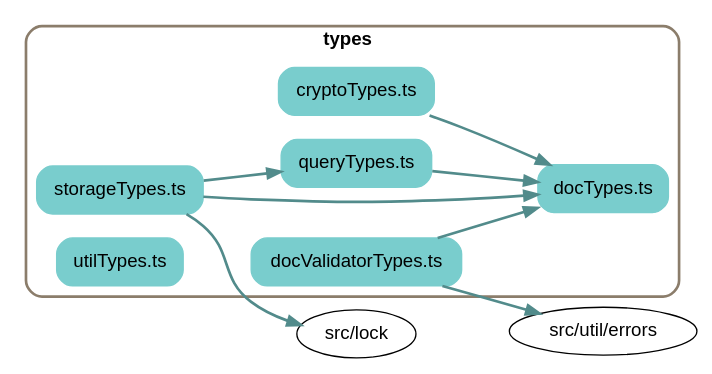
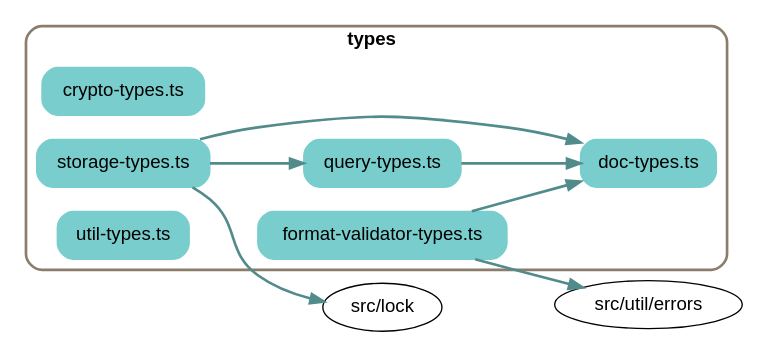
One commit to earthstar-project/earthstar changed the diagram in depchart/depchart-types.dot. Above: the diagram before and after it, drawn with Graphviz. The commit also changed 12 other files, not shown here.

```diff
--- a/depchart/depchart-types.dot
+++ b/depchart/depchart-types.dot
@@ -1,38 +1,37 @@
 
 digraph G {
     //splines=line;
     //splines=polyline;
     splines=true;
     rankdir=LR;
     //newrank=true;
     compound=true;
     graph [fontname = "helvetica"];  // dpi=72
     node [fontname = "helvetica"];
     edge [fontname = "helvetica"];
     
     // files in their folder clusters
 
-    subgraph cluster4064547906 {
+    subgraph cluster7168928061 {
         label=<<b>types</b>>;
         style="rounded";
         color=bisque4;
         penwidth=2;
                     
-        "src/types/cryptoTypes.ts" [label="cryptoTypes.ts", shape=rectangle; style="rounded,filled"; color=darkslategray3];
-        "src/types/docTypes.ts" [label="docTypes.ts", shape=rectangle; style="rounded,filled"; color=darkslategray3];
-        "src/types/docValidatorTypes.ts" [label="docValidatorTypes.ts", shape=rectangle; style="rounded,filled"; color=darkslategray3];
-        "src/types/queryTypes.ts" [label="queryTypes.ts", shape=rectangle; style="rounded,filled"; color=darkslategray3];
-        "src/types/storageTypes.ts" [label="storageTypes.ts", shape=rectangle; style="rounded,filled"; color=darkslategray3];
-        "src/types/utilTypes.ts" [label="utilTypes.ts", shape=rectangle; style="rounded,filled"; color=darkslategray3];
+        "src/types/crypto-types.ts" [label="crypto-types.ts", shape=rectangle; style="rounded,filled"; color=darkslategray3];
+        "src/types/doc-types.ts" [label="doc-types.ts", shape=rectangle; style="rounded,filled"; color=darkslategray3];
+        "src/types/format-validator-types.ts" [label="format-validator-types.ts", shape=rectangle; style="rounded,filled"; color=darkslategray3];
+        "src/types/query-types.ts" [label="query-types.ts", shape=rectangle; style="rounded,filled"; color=darkslategray3];
+        "src/types/storage-types.ts" [label="storage-types.ts", shape=rectangle; style="rounded,filled"; color=darkslategray3];
+        "src/types/util-types.ts" [label="util-types.ts", shape=rectangle; style="rounded,filled"; color=darkslategray3];
     }
 
     // edges between files
-    "src/types/cryptoTypes.ts" -> "src/types/docTypes.ts" [penwidth=2; color=darkslategray4];
-    "src/types/docValidatorTypes.ts" -> "src/types/docTypes.ts" [penwidth=2; color=darkslategray4];
-    "src/types/docValidatorTypes.ts" -> "src/util/errors" [penwidth=2; color=darkslategray4];
-    "src/types/queryTypes.ts" -> "src/types/docTypes.ts" [penwidth=2; color=darkslategray4];
-    "src/types/storageTypes.ts" -> "src/types/docTypes.ts" [penwidth=2; color=darkslategray4];
-    "src/types/storageTypes.ts" -> "src/types/queryTypes.ts" [penwidth=2; color=darkslategray4];
-    "src/types/storageTypes.ts" -> "src/lock" [penwidth=2; color=darkslategray4];
+    "src/types/format-validator-types.ts" -> "src/types/doc-types.ts" [penwidth=2; color=darkslategray4];
+    "src/types/format-validator-types.ts" -> "src/util/errors" [penwidth=2; color=darkslategray4];
+    "src/types/query-types.ts" -> "src/types/doc-types.ts" [penwidth=2; color=darkslategray4];
+    "src/types/storage-types.ts" -> "src/types/doc-types.ts" [penwidth=2; color=darkslategray4];
+    "src/types/storage-types.ts" -> "src/types/query-types.ts" [penwidth=2; color=darkslategray4];
+    "src/types/storage-types.ts" -> "src/lock" [penwidth=2; color=darkslategray4];
 
 }
```
